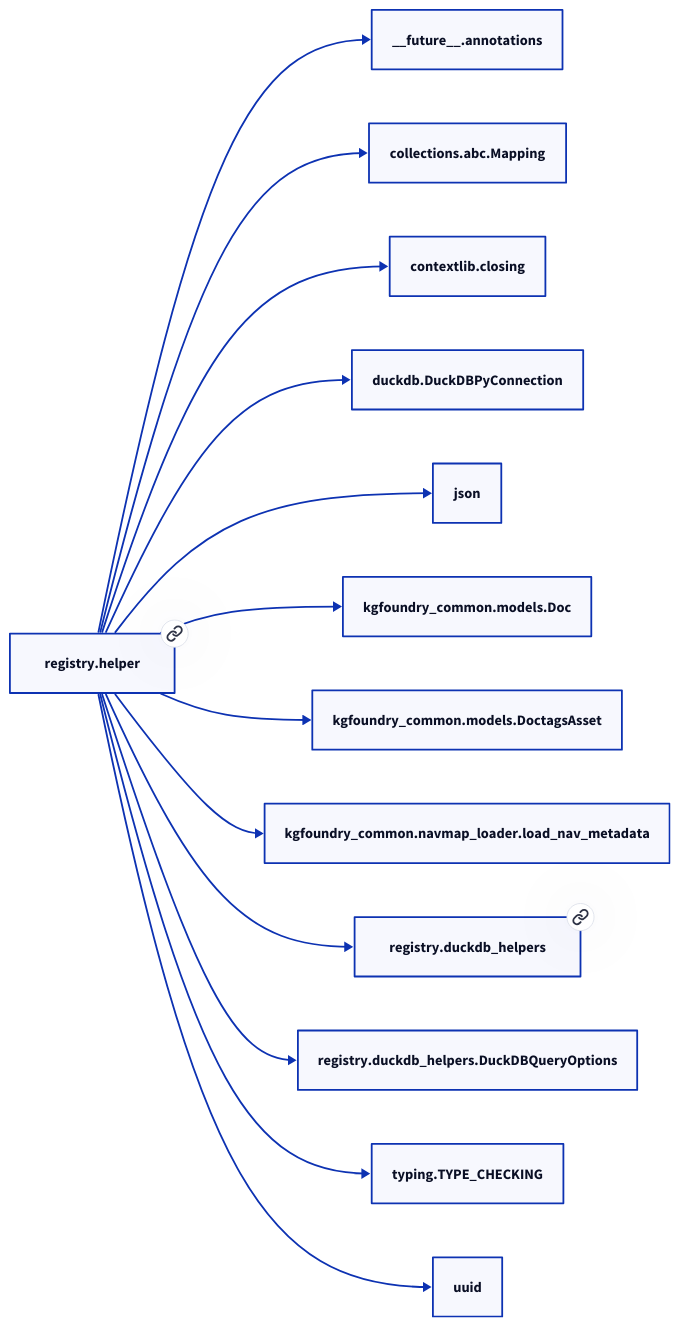
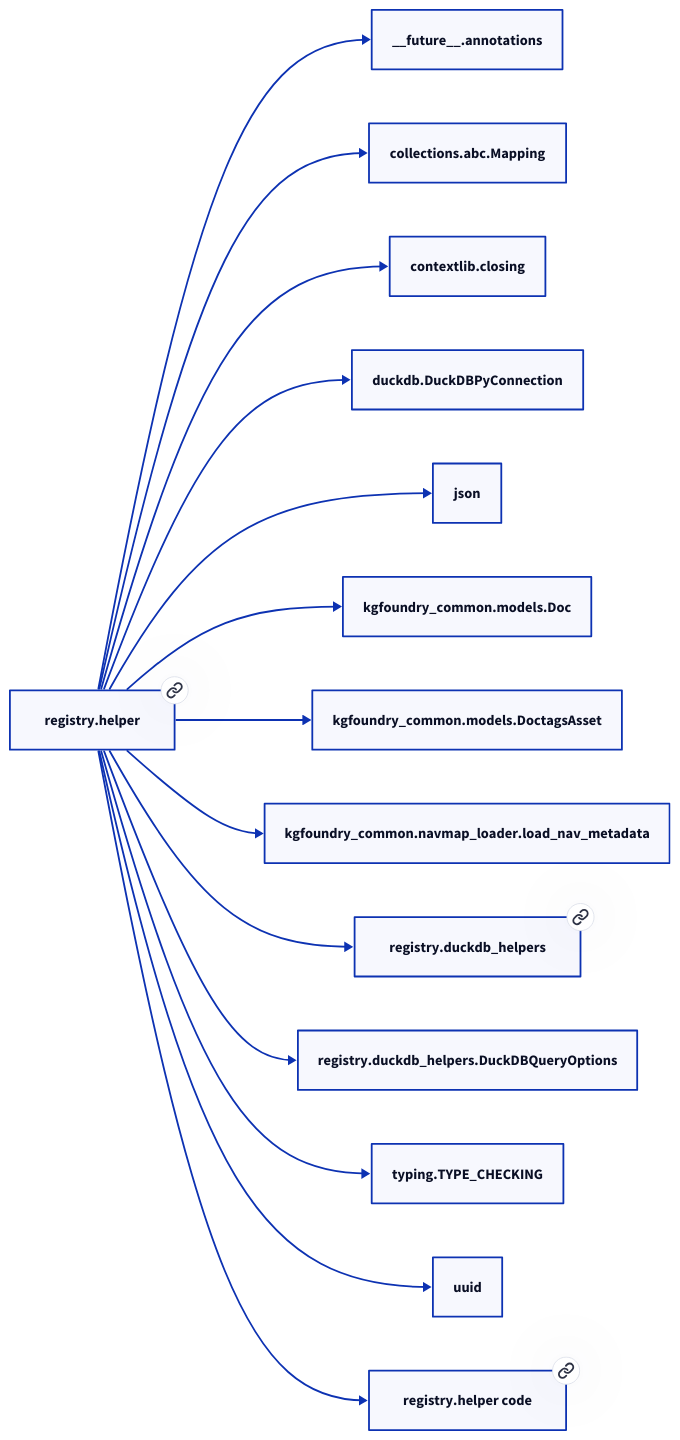
One commit to paul-heyse/kgforge changed the second of 2 diagrams in docs/modules/registry/helper.md. Above: the diagram before and after it, drawn with D2. The commit also changed other lines of this file and 319 other files, not shown here.

````diff
--- a/docs/modules/registry/helper.md
+++ b/docs/modules/registry/helper.md
@@ -37,28 +39,30 @@
 ```d2
 direction: right
-"registry.helper": "registry.helper" { link: "helper.md" }
+"registry.helper": "registry.helper" { link: "./registry/helper.md" }
 "__future__.annotations": "__future__.annotations"
 "registry.helper" -> "__future__.annotations"
 "collections.abc.Mapping": "collections.abc.Mapping"
 "registry.helper" -> "collections.abc.Mapping"
 "contextlib.closing": "contextlib.closing"
 "registry.helper" -> "contextlib.closing"
 "duckdb.DuckDBPyConnection": "duckdb.DuckDBPyConnection"
 "registry.helper" -> "duckdb.DuckDBPyConnection"
 "json": "json"
 "registry.helper" -> "json"
 "kgfoundry_common.models.Doc": "kgfoundry_common.models.Doc"
 "registry.helper" -> "kgfoundry_common.models.Doc"
 "kgfoundry_common.models.DoctagsAsset": "kgfoundry_common.models.DoctagsAsset"
 "registry.helper" -> "kgfoundry_common.models.DoctagsAsset"
 "kgfoundry_common.navmap_loader.load_nav_metadata": "kgfoundry_common.navmap_loader.load_nav_metadata"
 "registry.helper" -> "kgfoundry_common.navmap_loader.load_nav_metadata"
-"registry.duckdb_helpers": "registry.duckdb_helpers" { link: "duckdb_helpers.md" }
+"registry.duckdb_helpers": "registry.duckdb_helpers" { link: "./registry/duckdb_helpers.md" }
 "registry.helper" -> "registry.duckdb_helpers"
 "registry.duckdb_helpers.DuckDBQueryOptions": "registry.duckdb_helpers.DuckDBQueryOptions"
 "registry.helper" -> "registry.duckdb_helpers.DuckDBQueryOptions"
 "typing.TYPE_CHECKING": "typing.TYPE_CHECKING"
 "registry.helper" -> "typing.TYPE_CHECKING"
 "uuid": "uuid"
 "registry.helper" -> "uuid"
+"registry.helper_code": "registry.helper code" { link: "https://github.com/kgfoundry/kgfoundry/blob/main/src/registry/helper.py" }
+"registry.helper" -> "registry.helper_code" { style: dashed }
 ```
````
